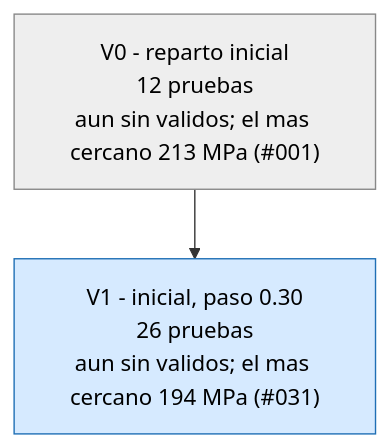
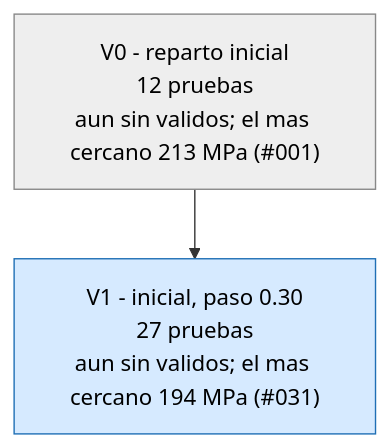
Before and after one commit to Hugiko/msd-soporte-optimizacion: the first of 3 diagrams in runs/opt_37800N/ARBOL.md, drawn with Mermaid. The commit also changed 14 other files, not shown here.

````diff
--- a/runs/opt_37800N/ARBOL.md
+++ b/runs/opt_37800N/ARBOL.md
@@ -9,9 +9,9 @@
 ```mermaid
 graph TD
 classDef activa fill:#d6eaff,stroke:#1f6fb5,color:#000
 classDef fin fill:#eeeeee,stroke:#888,color:#000
 classDef mejor fill:#c8f0c0,stroke:#1a9850,stroke-width:4px,color:#000
 V0["V0 - reparto inicial<br/>12 pruebas<br/>aun sin validos; el mas cercano 213 MPa (#001)"]:::fin
-V1["V1 - inicial, paso 0.30<br/>26 pruebas<br/>aun sin validos; el mas cercano 194 MPa (#031)"]:::activa
+V1["V1 - inicial, paso 0.30<br/>27 pruebas<br/>aun sin validos; el mas cercano 194 MPa (#031)"]:::activa
 V0 --> V1
 ```
````
